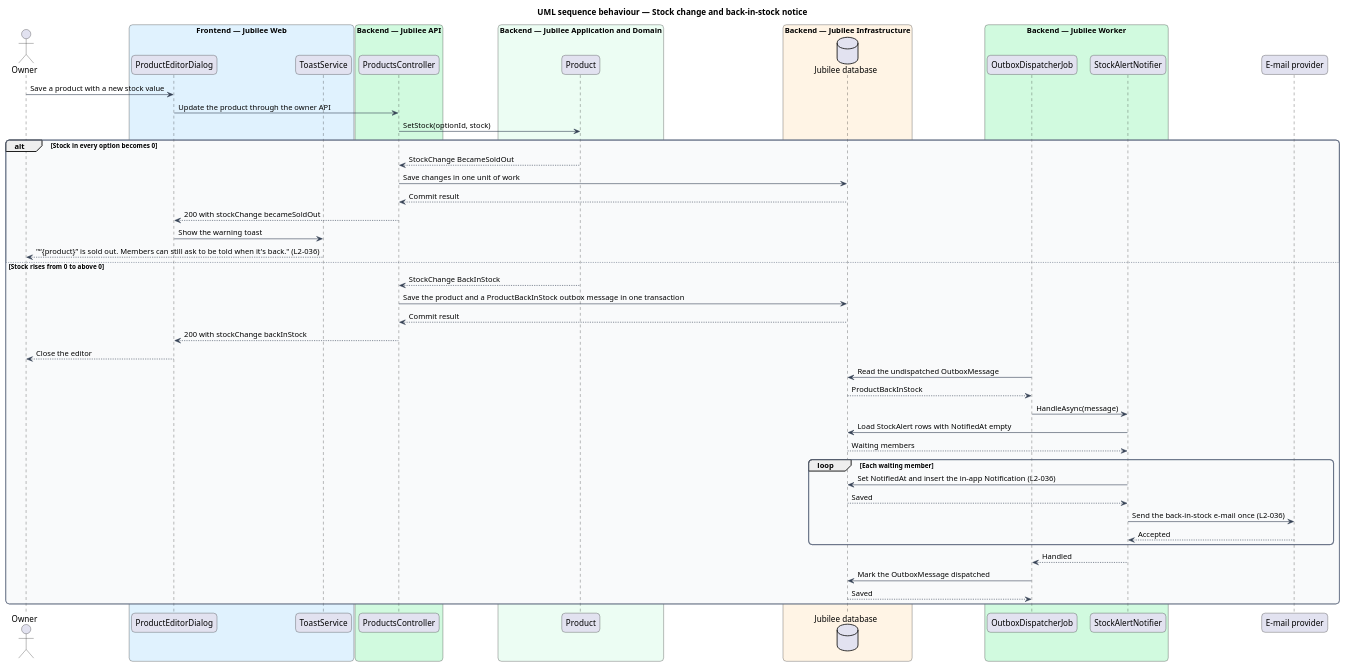
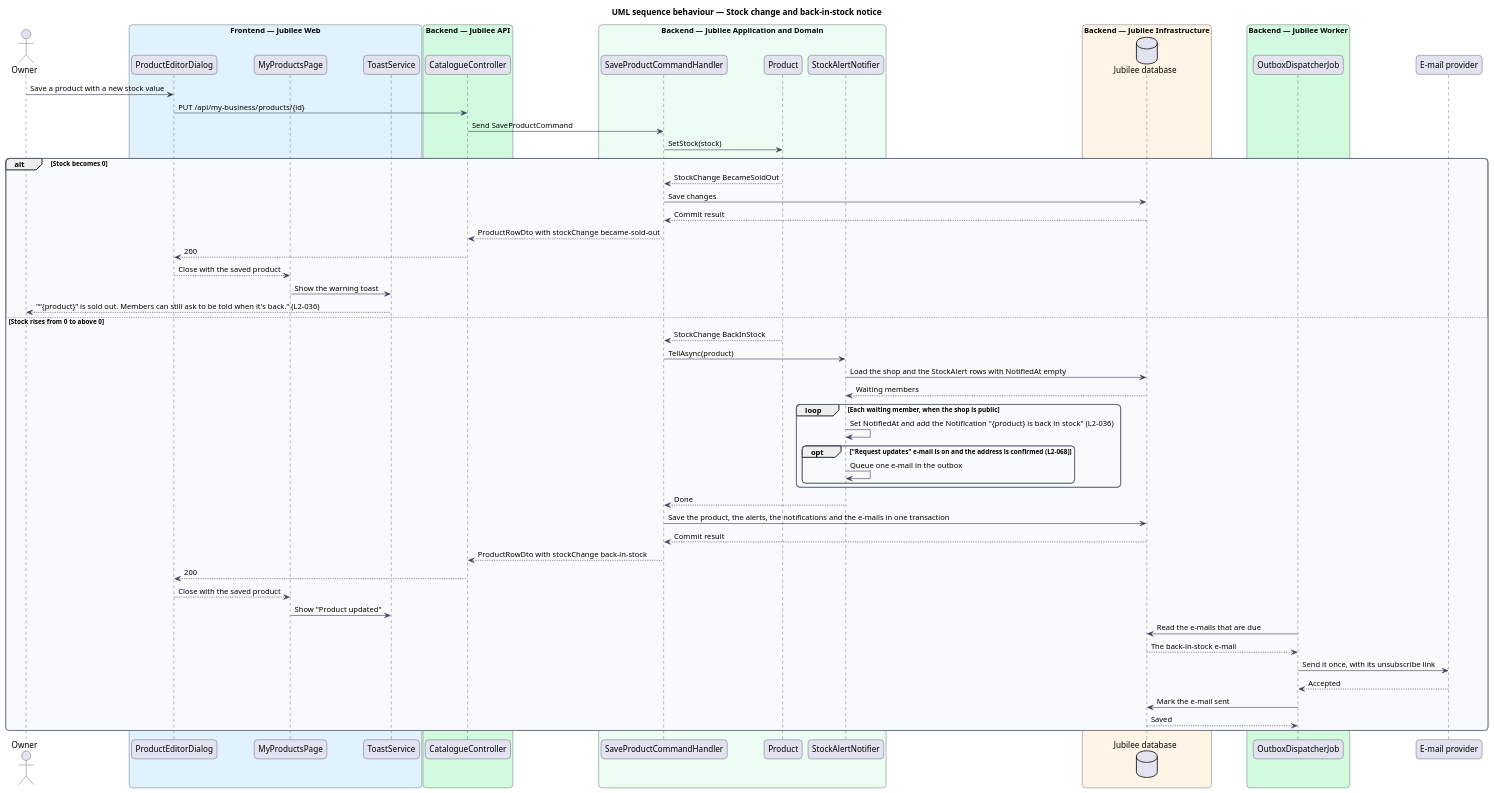
The diagram in docs/detailed-designs/listings/view-product/diagrams/sequence-stock-change.puml (QuinntyneBrown/jubilee), drawn with PlantUML before and after one commit. The commit also changed 28 other files, not shown here.

First line of the commit message:
Specify the rest of journey 2: sold-out cards, the preview status, back-in-stock notices

```diff
--- a/docs/detailed-designs/listings/view-product/diagrams/sequence-stock-change.puml
+++ b/docs/detailed-designs/listings/view-product/diagrams/sequence-stock-change.puml
@@ -1,67 +1,76 @@
 @startuml
 title UML sequence behaviour — Stock change and back-in-stock notice
 skinparam backgroundColor #FFFFFF
 skinparam shadowing false
 skinparam roundcorner 12
 skinparam defaultFontName Arial
 skinparam ArrowColor #344054
 skinparam rectangle {
   BorderColor #344054
   FontColor #101828
 }
 skinparam package {
   BorderColor #667085
   FontColor #101828
   BackgroundColor #F9FAFB
 }
 actor "Owner" as actor
 box "Frontend — Jubilee Web" #E0F2FE
   participant "ProductEditorDialog" as dialog
+  participant "MyProductsPage" as page
   participant "ToastService" as toast
 end box
 box "Backend — Jubilee API" #D1FADF
-  participant "ProductsController" as controller
+  participant "CatalogueController" as controller
 end box
 box "Backend — Jubilee Application and Domain" #ECFDF3
+  participant "SaveProductCommandHandler" as handler
   participant "Product" as product
+  participant "StockAlertNotifier" as notifier
 end box
 box "Backend — Jubilee Infrastructure" #FFF4E5
   database "Jubilee database" as db
 end box
 box "Backend — Jubilee Worker" #D1FADF
   participant "OutboxDispatcherJob" as job
-  participant "StockAlertNotifier" as notifier
 end box
 participant "E-mail provider" as email
 actor -> dialog : Save a product with a new stock value
-dialog -> controller : Update the product through the owner API
-controller -> product : SetStock(optionId, stock)
-alt Stock in every option becomes 0
-  product --> controller : StockChange BecameSoldOut
-  controller -> db : Save changes in one unit of work
-  db --> controller : Commit result
-  controller --> dialog : 200 with stockChange becameSoldOut
-  dialog -> toast : Show the warning toast
+dialog -> controller : PUT /api/my-business/products/{id}
+controller -> handler : Send SaveProductCommand
+handler -> product : SetStock(stock)
+alt Stock becomes 0
+  product --> handler : StockChange BecameSoldOut
+  handler -> db : Save changes
+  db --> handler : Commit result
+  handler --> controller : ProductRowDto with stockChange became-sold-out
+  controller --> dialog : 200
+  dialog --> page : Close with the saved product
+  page -> toast : Show the warning toast
   toast --> actor : "“{product}” is sold out. Members can still ask to be told when it's back." (L2-036)
 else Stock rises from 0 to above 0
-  product --> controller : StockChange BackInStock
-  controller -> db : Save the product and a ProductBackInStock outbox message in one transaction
-  db --> controller : Commit result
-  controller --> dialog : 200 with stockChange backInStock
-  dialog --> actor : Close the editor
-  job -> db : Read the undispatched OutboxMessage
-  db --> job : ProductBackInStock
-  job -> notifier : HandleAsync(message)
-  notifier -> db : Load StockAlert rows with NotifiedAt empty
+  product --> handler : StockChange BackInStock
+  handler -> notifier : TellAsync(product)
+  notifier -> db : Load the shop and the StockAlert rows with NotifiedAt empty
   db --> notifier : Waiting members
-  loop Each waiting member
-    notifier -> db : Set NotifiedAt and insert the in-app Notification (L2-036)
-    db --> notifier : Saved
-    notifier -> email : Send the back-in-stock e-mail once (L2-036)
-    email --> notifier : Accepted
+  loop Each waiting member, when the shop is public
+    notifier -> notifier : Set NotifiedAt and add the Notification "{product} is back in stock" (L2-036)
+    opt "Request updates" e-mail is on and the address is confirmed (L2-068)
+      notifier -> notifier : Queue one e-mail in the outbox
+    end
   end
-  notifier --> job : Handled
-  job -> db : Mark the OutboxMessage dispatched
+  notifier --> handler : Done
+  handler -> db : Save the product, the alerts, the notifications and the e-mails in one transaction
+  db --> handler : Commit result
+  handler --> controller : ProductRowDto with stockChange back-in-stock
+  controller --> dialog : 200
+  dialog --> page : Close with the saved product
+  page -> toast : Show "Product updated"
+  job -> db : Read the e-mails that are due
+  db --> job : The back-in-stock e-mail
+  job -> email : Send it once, with its unsubscribe link
+  email --> job : Accepted
+  job -> db : Mark the e-mail sent
   db --> job : Saved
 end
 @enduml
```
